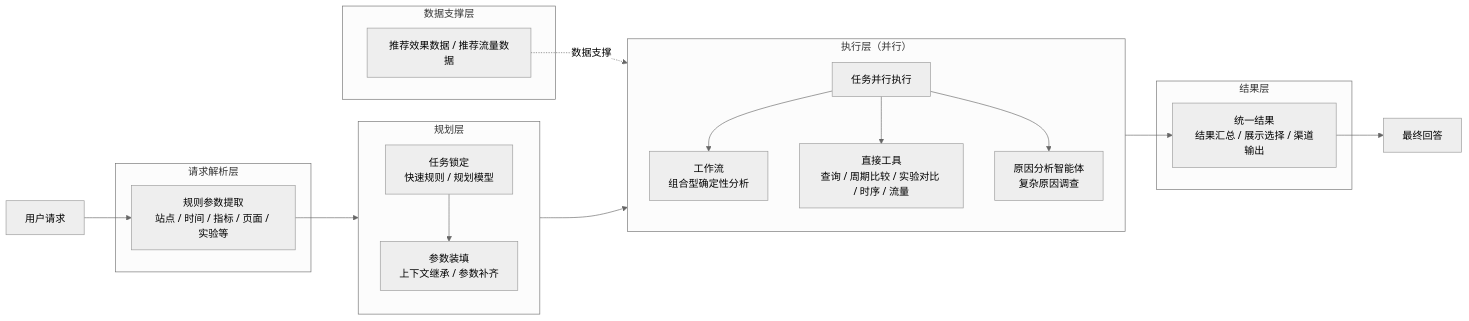
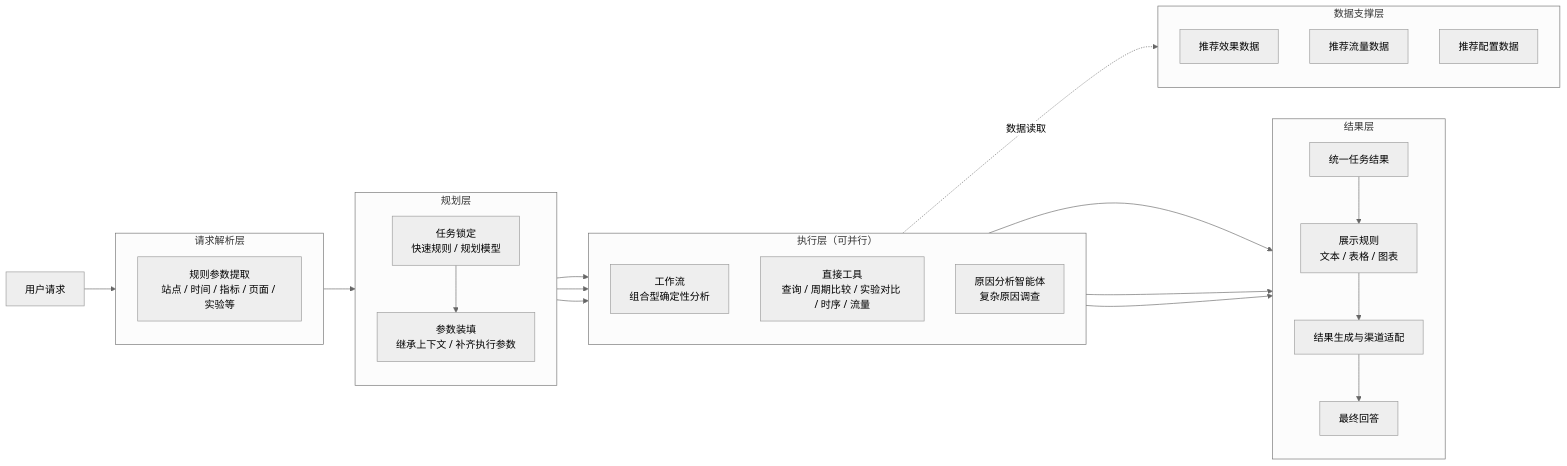
Before and after one commit to sgfd-ui/internship: the second of 2 diagrams in weekly-report/agent-comparison.md, drawn with Mermaid (neutral theme). The commit also changed other lines of this file, not shown here.

Commit message:
docs: restore architecture comparison and simplify data links

````diff
--- a/weekly-report/agent-comparison.md
+++ b/weekly-report/agent-comparison.md
@@ -61,38 +67,50 @@
 ```mermaid
 flowchart LR
     U[用户请求]
 
     subgraph Q[请求解析层]
+        direction TB
         Q1[规则参数提取<br/>站点 / 时间 / 指标 / 页面 / 实验等]
     end
 
     subgraph P[规划层]
         direction TB
         P1[任务锁定<br/>快速规则 / 规划模型]
-        P2[参数装填<br/>上下文继承 / 参数补齐]
+        P2[参数装填<br/>继承上下文 / 补齐执行参数]
         P1 --> P2
     end
 
-    subgraph E[执行层（并行）]
+    subgraph E[执行层（可并行）]
         direction TB
-        E0[任务并行执行]
         E1[工作流<br/>组合型确定性分析]
         E2[直接工具<br/>查询 / 周期比较 / 实验对比 / 时序 / 流量]
         E3[原因分析智能体<br/>复杂原因调查]
-        E0 --> E1
-        E0 --> E2
-        E0 --> E3
     end
 
     subgraph R[结果层]
-        R1[统一结果<br/>结果汇总 / 展示选择 / 渠道输出]
+        direction TB
+        R1[统一任务结果]
+        R2[展示规则<br/>文本 / 表格 / 图表]
+        R3[结果生成与渠道适配]
+        F[最终回答]
+        R1 --> R2 --> R3 --> F
     end
 
     subgraph D[数据支撑层]
-        D1[推荐效果数据 / 推荐流量数据]
+        direction TB
+        D1[推荐效果数据]
+        D2[推荐流量数据]
+        D3[推荐配置数据]
     end
 
     U --> Q1 --> P1
-    P2 --> E0 --> R1 --> F[最终回答]
-    D1 -.数据支撑.-> E0
+    P2 --> E1
+    P2 --> E2
+    P2 --> E3
+
+    E1 --> R1
+    E2 --> R1
+    E3 --> R1
+
+    E -.数据读取.-> D
 ```
````
